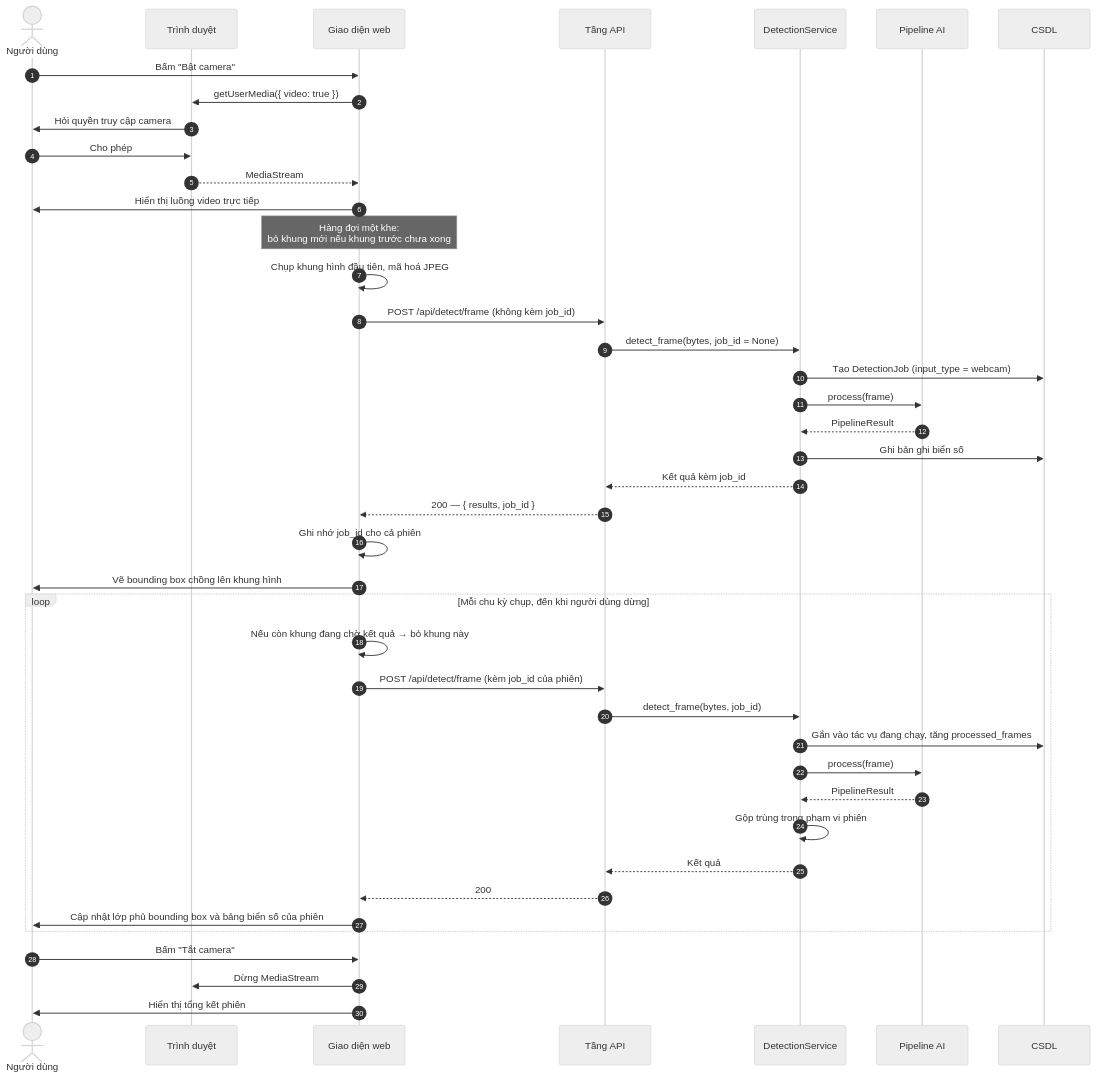
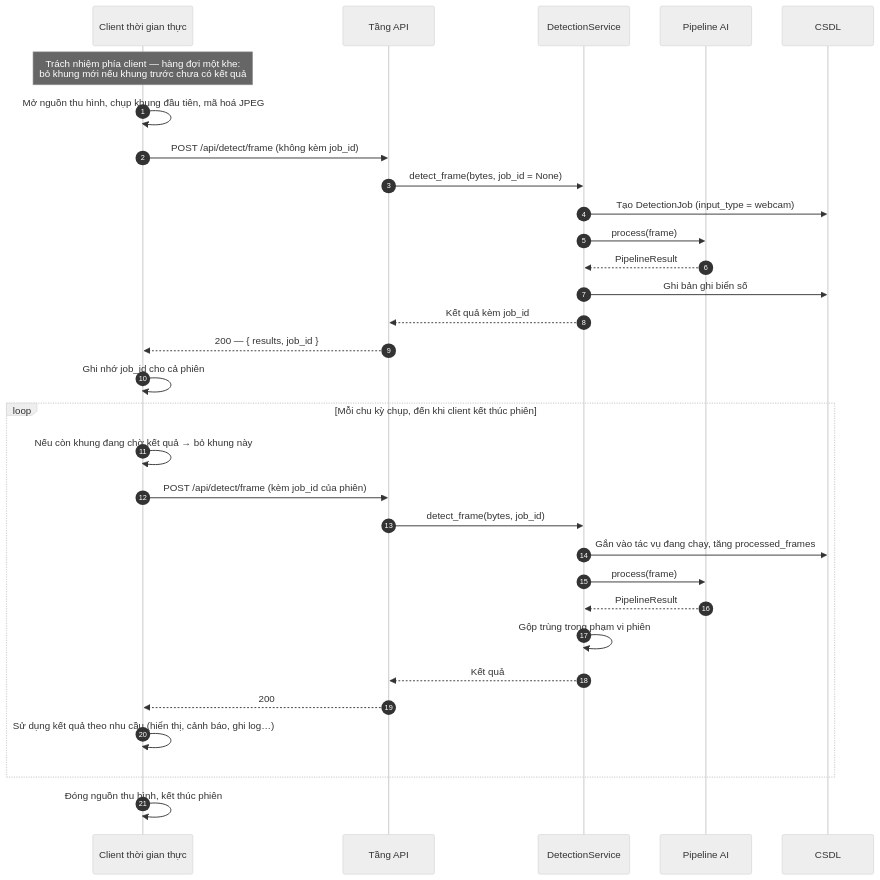
Before and after one commit to hieunguyen2604/alpr-do-an-mon-hoc: the eighth of 10 diagrams in docs/papers/ch3-phan-tich-thiet-ke.md, drawn with Mermaid (neutral theme). The commit also changed other lines of this file and 82 other files, not shown here.

First line of the commit message:
Thu gọn giao diện web còn 3 trang và cập nhật toàn bộ tài liệu

````diff
--- a/docs/papers/ch3-phan-tich-thiet-ke.md
+++ b/docs/papers/ch3-phan-tich-thiet-ke.md
@@ -909,49 +939,37 @@
 ```mermaid
 sequenceDiagram
     autonumber
-    actor U as Người dùng
-    participant BR as Trình duyệt
-    participant FE as Giao diện web
+    participant RT as Client thời gian thực
     participant API as Tầng API
     participant SVC as DetectionService
     participant AI as Pipeline AI
     participant DB as CSDL
 
-    U->>FE: Bấm "Bật camera"
-    FE->>BR: getUserMedia({ video: true })
-    BR->>U: Hỏi quyền truy cập camera
-    U->>BR: Cho phép
-    BR-->>FE: MediaStream
-    FE->>U: Hiển thị luồng video trực tiếp
+    Note over RT: Trách nhiệm phía client — hàng đợi một khe:<br/>bỏ khung mới nếu khung trước chưa có kết quả
 
-    Note over FE: Hàng đợi một khe:<br/>bỏ khung mới nếu khung trước chưa xong
-
-    FE->>FE: Chụp khung hình đầu tiên, mã hoá JPEG
-    FE->>API: POST /api/detect/frame (không kèm job_id)
+    RT->>RT: Mở nguồn thu hình, chụp khung đầu tiên, mã hoá JPEG
+    RT->>API: POST /api/detect/frame (không kèm job_id)
     API->>SVC: detect_frame(bytes, job_id = None)
     SVC->>DB: Tạo DetectionJob (input_type = webcam)
     SVC->>AI: process(frame)
     AI-->>SVC: PipelineResult
     SVC->>DB: Ghi bản ghi biển số
     SVC-->>API: Kết quả kèm job_id
-    API-->>FE: 200 — { results, job_id }
-    FE->>FE: Ghi nhớ job_id cho cả phiên
-    FE->>U: Vẽ bounding box chồng lên khung hình
+    API-->>RT: 200 — { results, job_id }
+    RT->>RT: Ghi nhớ job_id cho cả phiên
 
-    loop Mỗi chu kỳ chụp, đến khi người dùng dừng
-        FE->>FE: Nếu còn khung đang chờ kết quả → bỏ khung này
-        FE->>API: POST /api/detect/frame (kèm job_id của phiên)
+    loop Mỗi chu kỳ chụp, đến khi client kết thúc phiên
+        RT->>RT: Nếu còn khung đang chờ kết quả → bỏ khung này
+        RT->>API: POST /api/detect/frame (kèm job_id của phiên)
         API->>SVC: detect_frame(bytes, job_id)
         SVC->>DB: Gắn vào tác vụ đang chạy, tăng processed_frames
         SVC->>AI: process(frame)
         AI-->>SVC: PipelineResult
         SVC->>SVC: Gộp trùng trong phạm vi phiên
         SVC-->>API: Kết quả
-        API-->>FE: 200
-        FE->>U: Cập nhật lớp phủ bounding box và bảng biển số của phiên
+        API-->>RT: 200
+        RT->>RT: Sử dụng kết quả theo nhu cầu (hiển thị, cảnh báo, ghi log…)
     end
 
-    U->>FE: Bấm "Tắt camera"
-    FE->>BR: Dừng MediaStream
-    FE->>U: Hiển thị tổng kết phiên
+    RT->>RT: Đóng nguồn thu hình, kết thúc phiên
 ```
````
